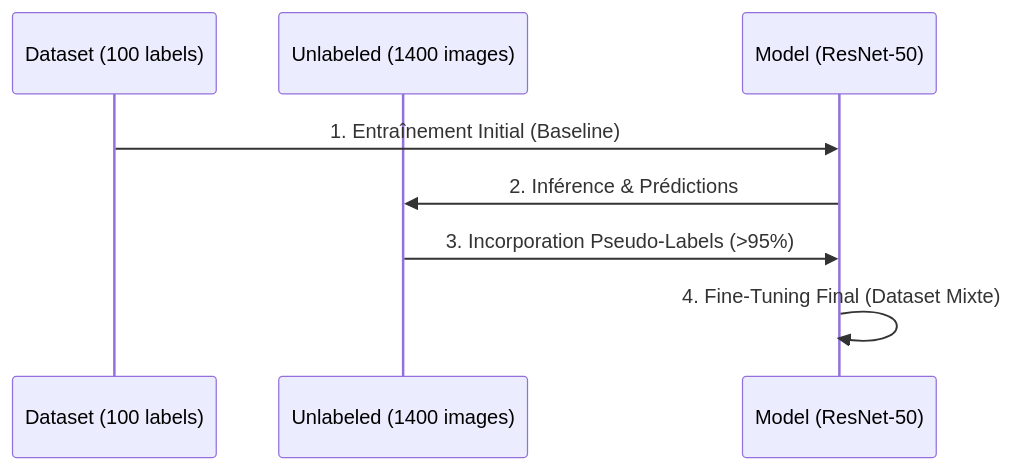
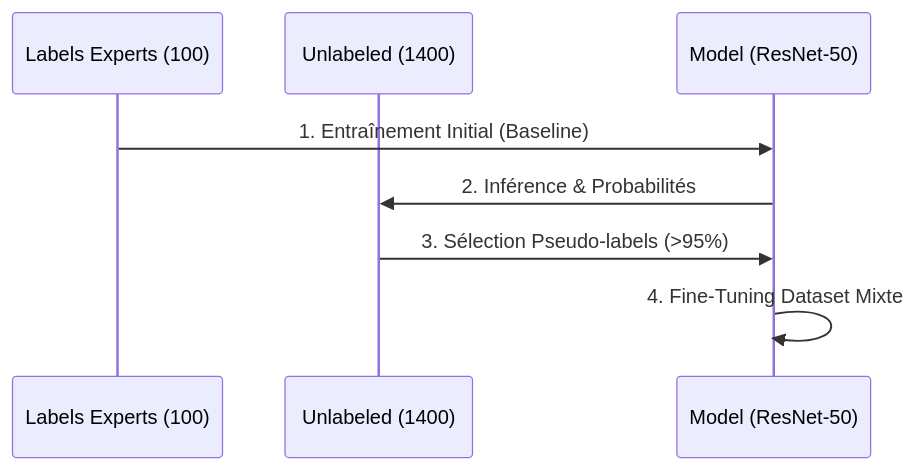
The second of 2 diagrams in README.md (RandomFab/BRAINSCANAI), drawn with Mermaid before and after one commit. The commit also changed other lines of this file, not shown here.

````diff
--- a/README.md
+++ b/README.md
@@ -43,11 +82,11 @@
 ```mermaid
 sequenceDiagram
-    participant D as Dataset (100 labels)
-    participant U as Unlabeled (1400 images)
+    participant L as Labels Experts (100)
+    participant U as Unlabeled (1400)
     participant M as Model (ResNet-50)
     
-    D->>M: 1. Entraînement Initial (Baseline)
-    M->>U: 2. Inférence & Prédictions
-    U->>M: 3. Incorporation Pseudo-Labels (>95%)
-    M->>M: 4. Fine-Tuning Final (Dataset Mixte)
+    L->>M: 1. Entraînement Initial (Baseline)
+    M->>U: 2. Inférence & Probabilités
+    U->>M: 3. Sélection Pseudo-labels (>95%)
+    M->>M: 4. Fine-Tuning Dataset Mixte
 ```
````
